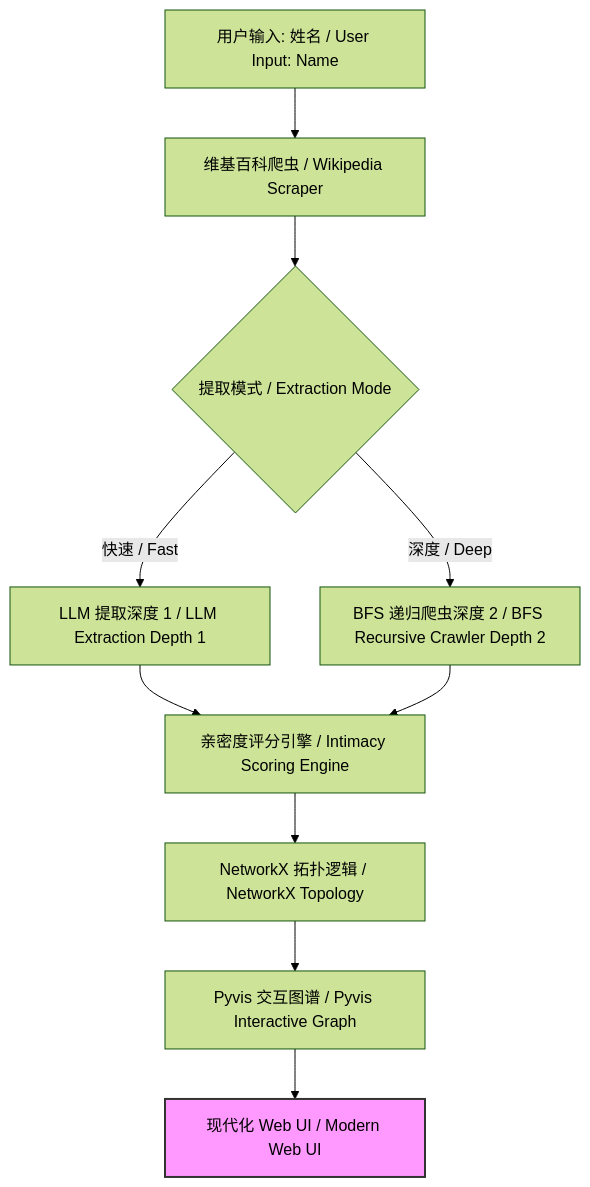
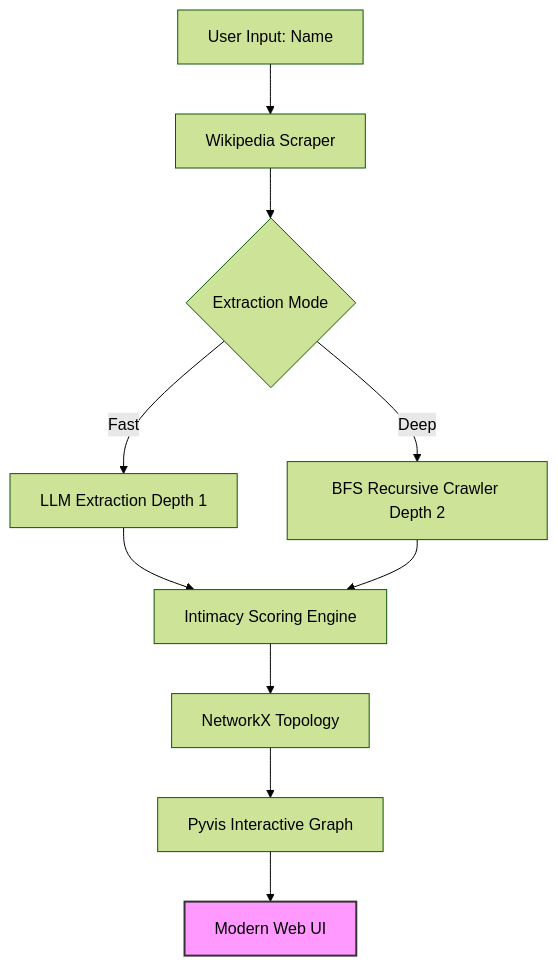
One commit to zytjmy1/CelebrityRelationsGraph changed the second of 2 diagrams in README.md. Above: the diagram before and after it, drawn with Mermaid (forest theme). The commit also changed other lines of this file, not shown here.

````diff
--- a/README.md
+++ b/README.md
@@ -57,13 +107,13 @@
 ```mermaid
 graph TD
-    A[用户输入: 姓名 / User Input: Name] --> B[维基百科爬虫 / Wikipedia Scraper]
-    B --> C{提取模式 / Extraction Mode}
-    C -- 快速 / Fast --> D[LLM 提取深度 1 / LLM Extraction Depth 1]
-    C -- 深度 / Deep --> E[BFS 递归爬虫深度 2 / BFS Recursive Crawler Depth 2]
-    D --> F[亲密度评分引擎 / Intimacy Scoring Engine]
+    A[User Input: Name] --> B[Wikipedia Scraper]
+    B --> C{Extraction Mode}
+    C -- Fast --> D[LLM Extraction Depth 1]
+    C -- Deep --> E[BFS Recursive Crawler Depth 2]
+    D --> F[Intimacy Scoring Engine]
     E --> F
-    F --> G[NetworkX 拓扑逻辑 / NetworkX Topology]
-    G --> H[Pyvis 交互图谱 / Pyvis Interactive Graph]
-    H --> I[现代化 Web UI / Modern Web UI]
+    F --> G[NetworkX Topology]
+    G --> H[Pyvis Interactive Graph]
+    H --> I[Modern Web UI]
     style I fill:#f9f,stroke:#333,stroke-width:2px
 ```
````
